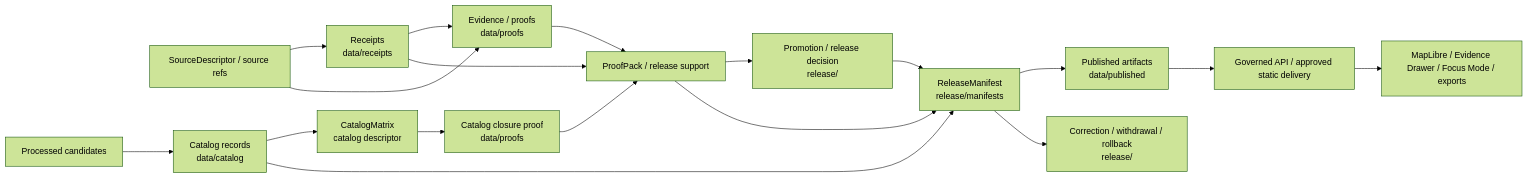
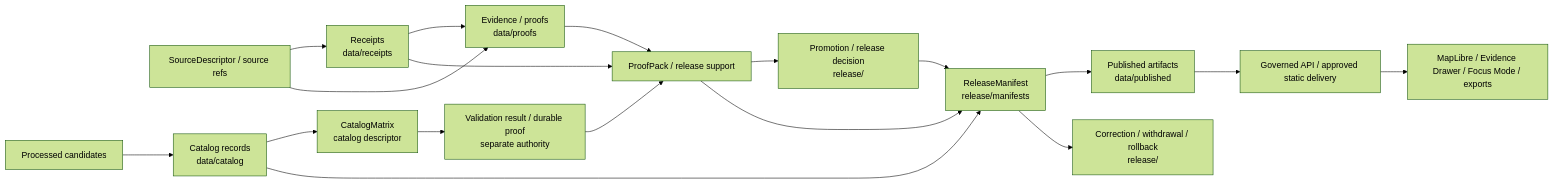
Before and after one commit to bartytime4life/Kansas-Frontier-Matrix: the diagram in docs/adr/ADR-0011-receipts-vs-proofs-vs-manifests-vs-catalog-separation.md, drawn with Mermaid (forest theme). The commit also changed other lines of this file and 1 other file, not shown here.

````diff
--- a/docs/adr/ADR-0011-receipts-vs-proofs-vs-manifests-vs-catalog-separation.md
+++ b/docs/adr/ADR-0011-receipts-vs-proofs-vs-manifests-vs-catalog-separation.md
@@ -485,25 +511,25 @@
 ```mermaid
 flowchart LR
     SRC["SourceDescriptor / source refs"] --> REC["Receipts<br/>data/receipts"]
     SRC --> EVD["Evidence / proofs<br/>data/proofs"]
     REC --> EVD
 
     PROC["Processed candidates"] --> CAT["Catalog records<br/>data/catalog"]
     CAT --> MATRIX["CatalogMatrix<br/>catalog descriptor"]
-    MATRIX --> CPROOF["Catalog closure proof<br/>data/proofs"]
+    MATRIX --> CPROOF["Validation result / durable proof<br/>separate authority"]
 
     EVD --> PACK["ProofPack / release support"]
     CPROOF --> PACK
     REC --> PACK
 
     PACK --> DEC["Promotion / release decision<br/>release/"]
     CAT --> MAN["ReleaseManifest<br/>release/manifests"]
     PACK --> MAN
     DEC --> MAN
 
     MAN --> PUB["Published artifacts<br/>data/published"]
     PUB --> API["Governed API / approved static delivery"]
     API --> UI["MapLibre / Evidence Drawer / Focus Mode / exports"]
 
     MAN --> ROLL["Correction / withdrawal / rollback<br/>release/"]
 ```
````
